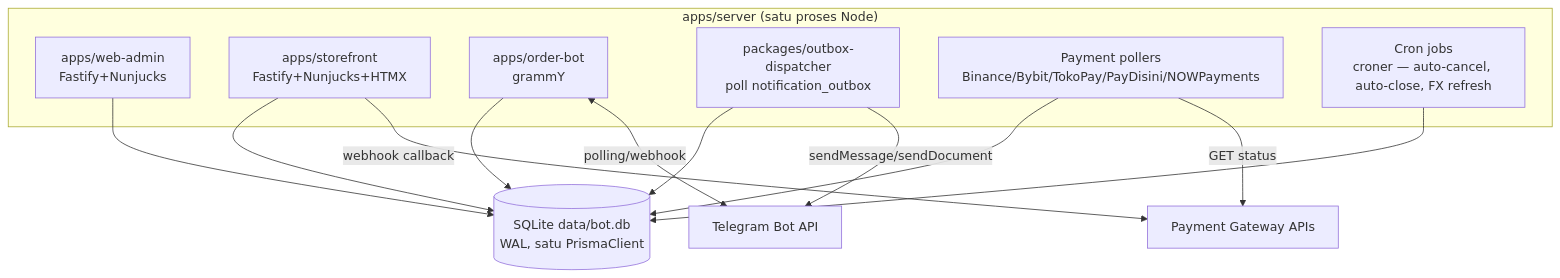
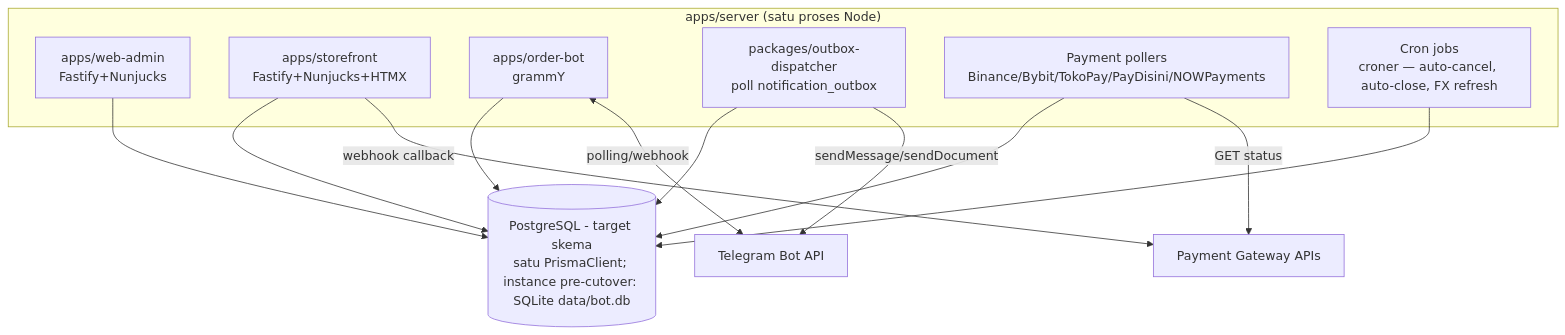
Before and after one commit to ilhamalifsaputra/web-and-bot-order: the first of 2 diagrams in docs/ARCHITECTURE.md, drawn with Mermaid. The commit also changed other lines of this file and 1 other file, not shown here.

First line of the commit message:
docs: fix stale SQLite-as-current-engine claims in architecture docs

````diff
--- a/docs/ARCHITECTURE.md
+++ b/docs/ARCHITECTURE.md
@@ -50,25 +58,25 @@
 ```mermaid
 graph TD
     subgraph "apps/server (satu proses Node)"
         Admin[apps/web-admin<br/>Fastify+Nunjucks]
         Shop[apps/storefront<br/>Fastify+Nunjucks+HTMX]
         Bot[apps/order-bot<br/>grammY]
         Outbox[packages/outbox-dispatcher<br/>poll notification_outbox]
         Pollers[Payment pollers<br/>Binance/Bybit/TokoPay/PayDisini/NOWPayments]
         Cron[Cron jobs<br/>croner — auto-cancel, auto-close, FX refresh]
     end
-    DB[(SQLite data/bot.db<br/>WAL, satu PrismaClient)]
+    DB[(PostgreSQL - target skema<br/>satu PrismaClient; instance pre-cutover: SQLite data/bot.db)]
     TG[Telegram Bot API]
     GW[Payment Gateway APIs]
 
     Admin --> DB
     Shop --> DB
     Bot --> DB
     Outbox --> DB
     Outbox -->|sendMessage/sendDocument| TG
     Bot <-->|polling/webhook| TG
     Pollers --> DB
     Pollers -->|GET status| GW
     Shop -->|webhook callback| GW
     Cron --> DB
 ```
````
